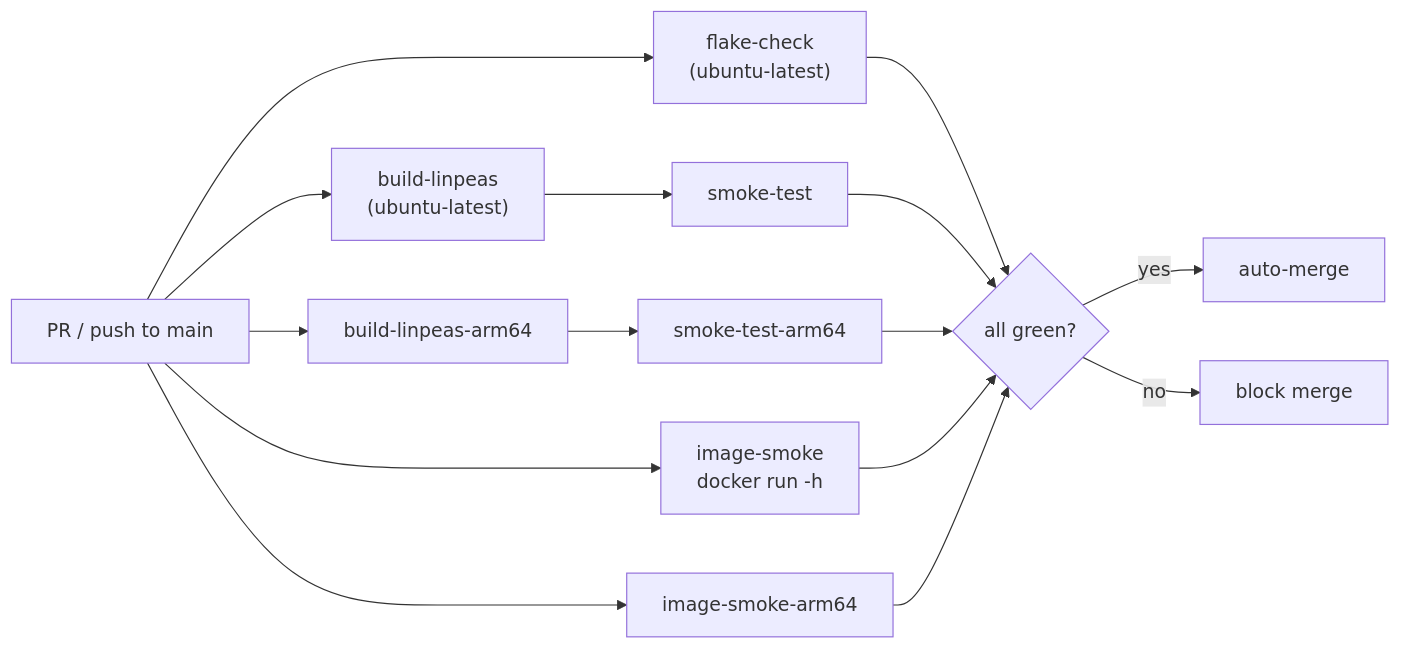
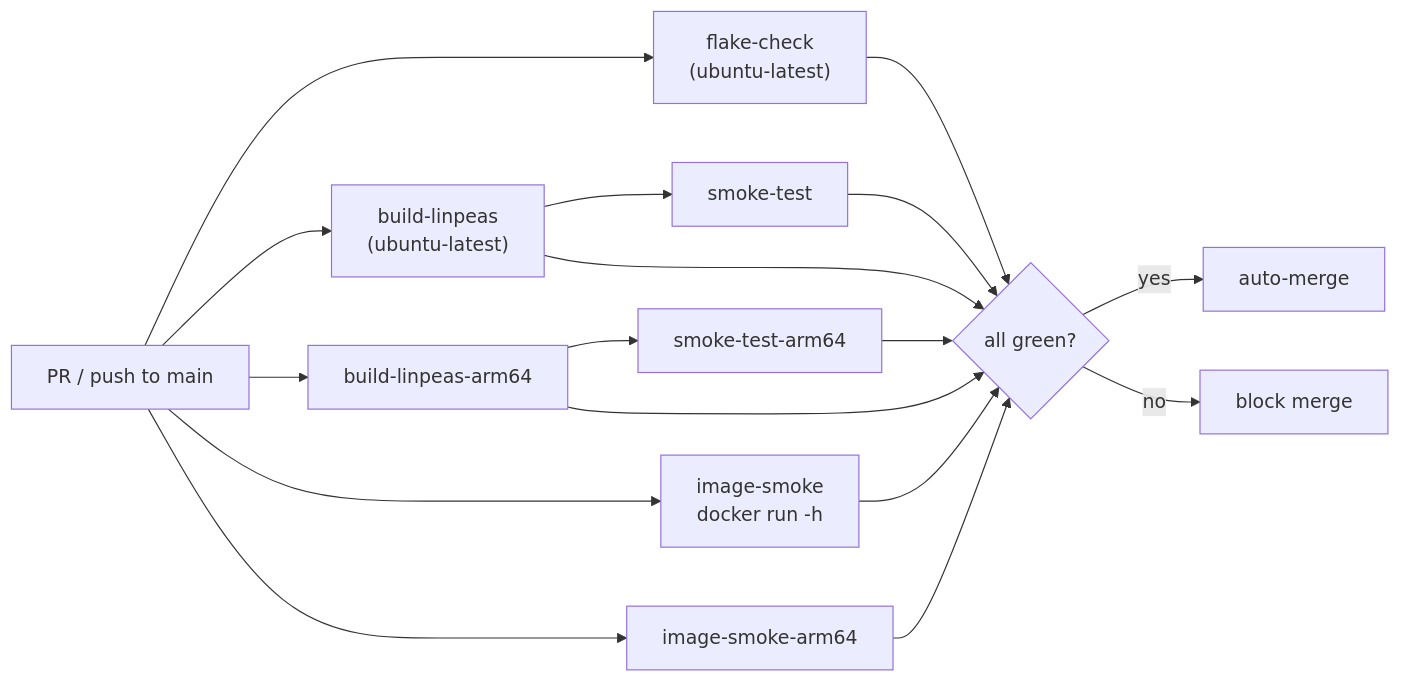
One commit to rvenutolo/linPEAS-flake changed the first of 2 diagrams in docs/architecture/ci.md. Above: the diagram before and after it, drawn with Mermaid. The commit also changed 10 other files, not shown here.

````diff
--- a/docs/architecture/ci.md
+++ b/docs/architecture/ci.md
@@ -10,27 +10,29 @@
 ```mermaid
 flowchart LR
   pr["PR / push to main"]
   flakecheck["flake-check<br/>(ubuntu-latest)"]
   build["build-linpeas<br/>(ubuntu-latest)"]
   smoke["smoke-test"]
   buildarm["build-linpeas-arm64"]
   smokearm["smoke-test-arm64"]
   image["image-smoke<br/>docker run -h"]
   imagearm["image-smoke-arm64"]
   merge{"all green?"}
   ok["auto-merge"]
   block["block merge"]
 
   pr --> flakecheck
   pr --> build --> smoke
   pr --> buildarm --> smokearm
   pr --> image
   pr --> imagearm
   flakecheck --> merge
+  build --> merge
+  buildarm --> merge
   smoke --> merge
   smokearm --> merge
   image --> merge
   imagearm --> merge
   merge -- yes --> ok
   merge -- no --> block
 ```
````
